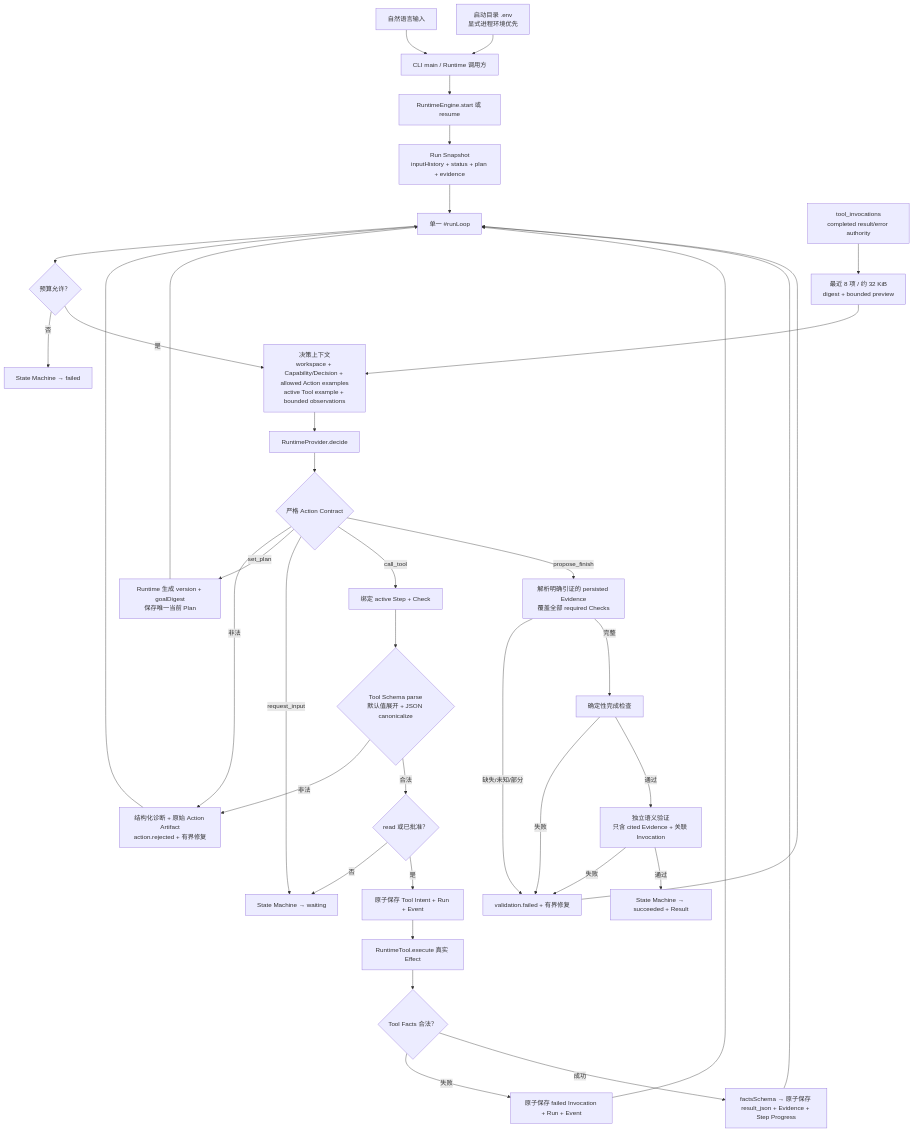
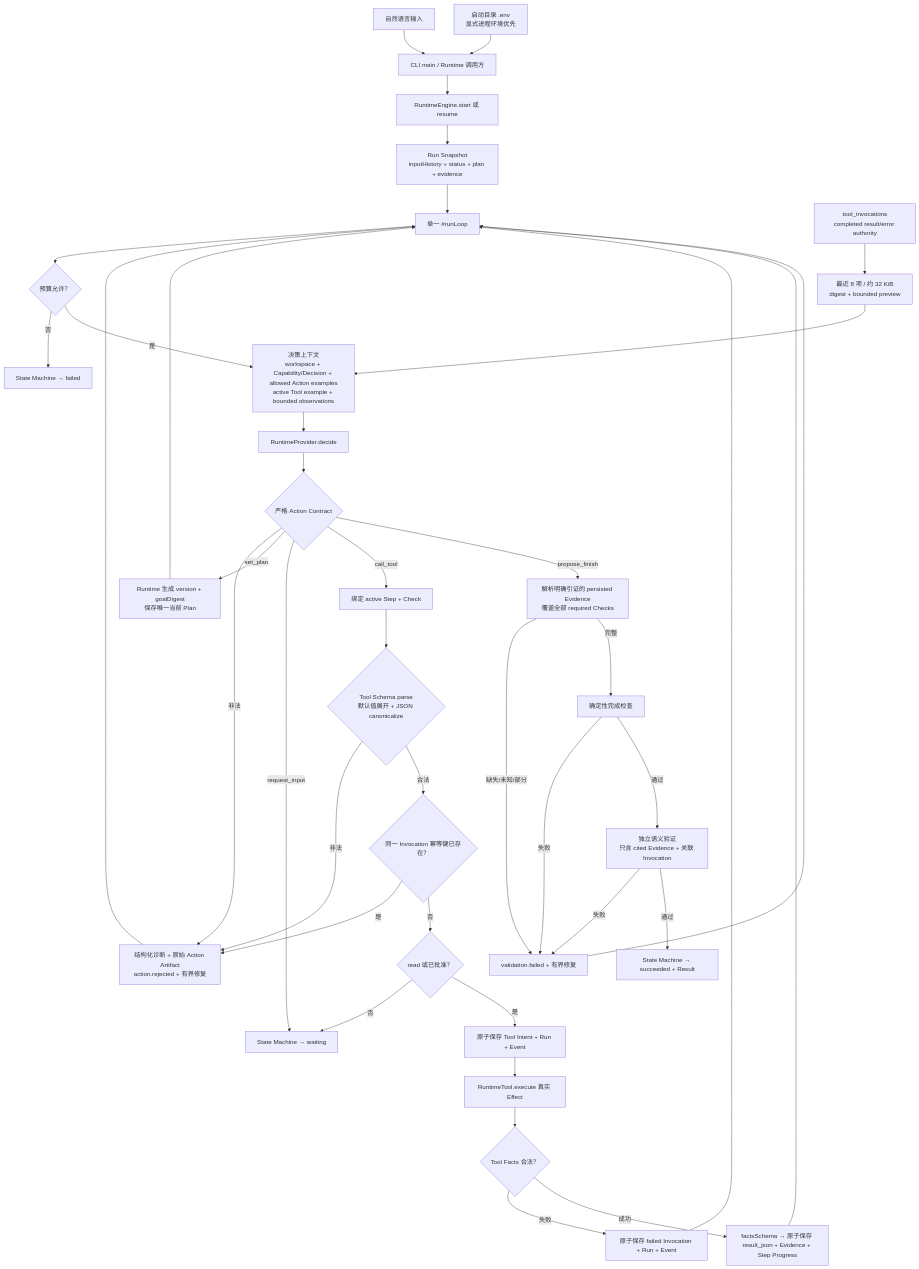
Before and after one commit to Atman-Angle/Nexora-Agent: the first of 3 diagrams in DATA_FLOW.md, drawn with Mermaid. The commit also changed other lines of this file and 5 other files, not shown here.

````diff
--- a/DATA_FLOW.md
+++ b/DATA_FLOW.md
@@ -5,40 +5,42 @@
 ```mermaid
 flowchart TD
     U["自然语言输入"] --> CLI["CLI main / Runtime 调用方"]
     ENV["启动目录 .env<br/>显式进程环境优先"] --> CLI
     CLI --> START["RuntimeEngine.start 或 resume"]
     START --> SNAP["Run Snapshot<br/>inputHistory + status + plan + evidence"]
     SNAP --> LOOP["单一 #runLoop"]
     LOOP --> BUDGET{"预算允许？"}
     BUDGET -- "否" --> FAIL["State Machine → failed"]
     BUDGET -- "是" --> CONTEXT["决策上下文<br/>workspace + Capability/Decision + allowed Action examples<br/>active Tool example + bounded observations"]
     INVOBS["tool_invocations<br/>completed result/error authority"] --> OBS["最近 8 项 / 约 32 KiB<br/>digest + bounded preview"]
     OBS --> CONTEXT
     CONTEXT --> MODEL["RuntimeProvider.decide"]
     MODEL --> ACTION{"严格 Action Contract"}
     ACTION -- "非法" --> REJECT["结构化诊断 + 原始 Action Artifact<br/>action.rejected + 有界修复"]
     REJECT --> LOOP
     ACTION -- "set_plan" --> PLAN["Runtime 生成 version + goalDigest<br/>保存唯一当前 Plan"]
     PLAN --> LOOP
     ACTION -- "request_input" --> WAIT["State Machine → waiting"]
     ACTION -- "call_tool" --> BIND["绑定 active Step + Check"]
     BIND --> PARSE{"Tool Schema parse<br/>默认值展开 + JSON canonicalize"}
     PARSE -- "非法" --> REJECT
-    PARSE -- "合法" --> APPROVAL{"read 或已批准？"}
+    PARSE -- "合法" --> DUPLICATE{"同一 Invocation 幂等键已存在？"}
+    DUPLICATE -- "是" --> REJECT
+    DUPLICATE -- "否" --> APPROVAL{"read 或已批准？"}
     APPROVAL -- "否" --> WAIT
     APPROVAL -- "是" --> INTENT["原子保存 Tool Intent + Run + Event"]
     INTENT --> EFFECT["RuntimeTool.execute 真实 Effect"]
     EFFECT --> RESULT{"Tool Facts 合法？"}
     RESULT -- "失败" --> TOOLFAIL["原子保存 failed Invocation + Run + Event"]
     TOOLFAIL --> LOOP
     RESULT -- "成功" --> EVIDENCE["factsSchema → 原子保存 result_json + Evidence + Step Progress"]
     EVIDENCE --> LOOP
     ACTION -- "propose_finish" --> CITE["解析明确引证的 persisted Evidence<br/>覆盖全部 required Checks"]
     CITE -- "缺失/未知/部分" --> REPAIR
     CITE -- "完整" --> DET["确定性完成检查"]
     DET -- "失败" --> REPAIR["validation.failed + 有界修复"]
     REPAIR --> LOOP
     DET -- "通过" --> SEM["独立语义验证<br/>只含 cited Evidence + 关联 Invocation"]
     SEM -- "失败" --> REPAIR
     SEM -- "通过" --> SUCCESS["State Machine → succeeded + Result"]
 ```
````
